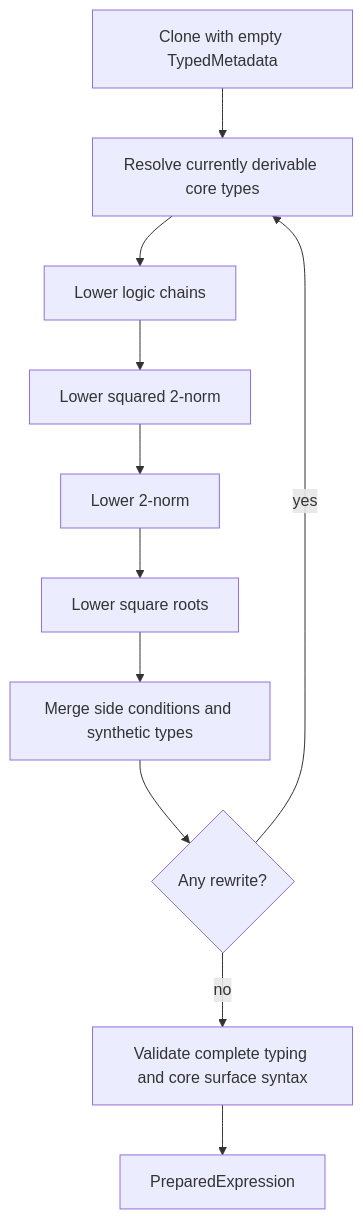
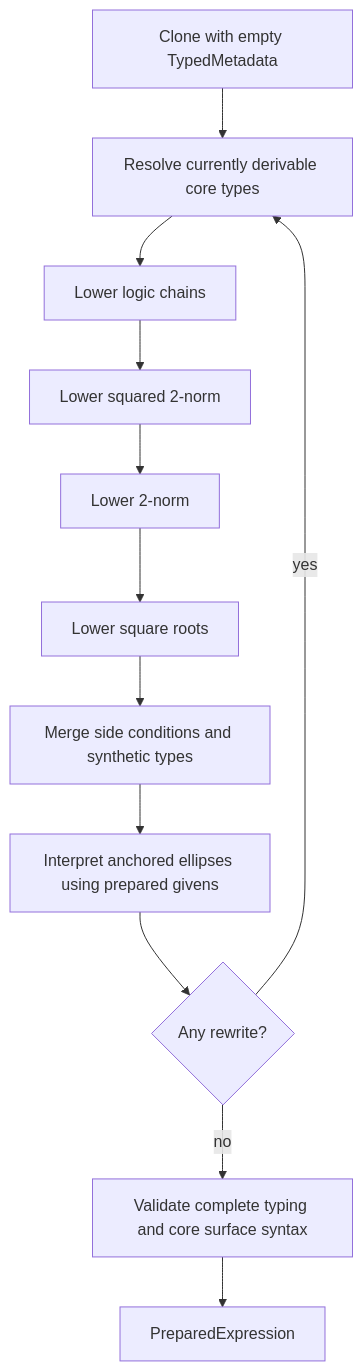
Before and after one commit to petervdonovan/linalg-checker: the second of 4 diagrams in docs/pipeline-overview.md, drawn with Mermaid. The commit also changed other lines of this file and 13 other files, not shown here.

````diff
--- a/docs/pipeline-overview.md
+++ b/docs/pipeline-overview.md
@@ -86,13 +86,14 @@
 ```mermaid
 flowchart TD
     START[Clone with empty TypedMetadata] --> TYPE[Resolve currently derivable core types]
     TYPE --> LOGIC[Lower logic chains]
     LOGIC --> N2SQ[Lower squared 2-norm]
     N2SQ --> N2[Lower 2-norm]
     N2 --> SQRT[Lower square roots]
     SQRT --> MERGE[Merge side conditions and synthetic types]
-    MERGE --> CHANGED{Any rewrite?}
+    MERGE --> ELLIPSIS[Interpret anchored ellipses using prepared givens]
+    ELLIPSIS --> CHANGED{Any rewrite?}
     CHANGED -- yes --> TYPE
     CHANGED -- no --> CHECK[Validate complete typing and core surface syntax]
     CHECK --> PREP[PreparedExpression]
 ```
````
